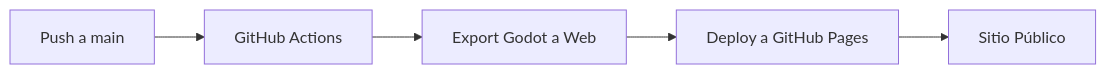
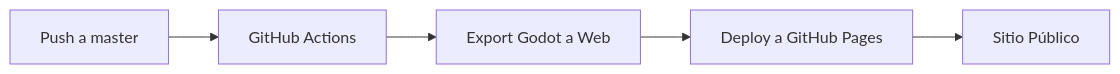
Before and after one commit to manuavalos-git/AICI: the diagram in SETUP_GITHUB_PAGES.md, drawn with Mermaid. The commit also changed other lines of this file and 3 other files, not shown here.

Commit message:
Fix final branch reference: main -> master in SETUP_GITHUB_PAGES.md

````diff
--- a/SETUP_GITHUB_PAGES.md
+++ b/SETUP_GITHUB_PAGES.md
@@ -68,7 +68,7 @@
 ```mermaid
 graph LR
-    A[Push a main] --> B[GitHub Actions]
+    A[Push a master] --> B[GitHub Actions]
     B --> C[Export Godot a Web]
     C --> D[Deploy a GitHub Pages]
     D --> E[Sitio Público]
 ```
````
